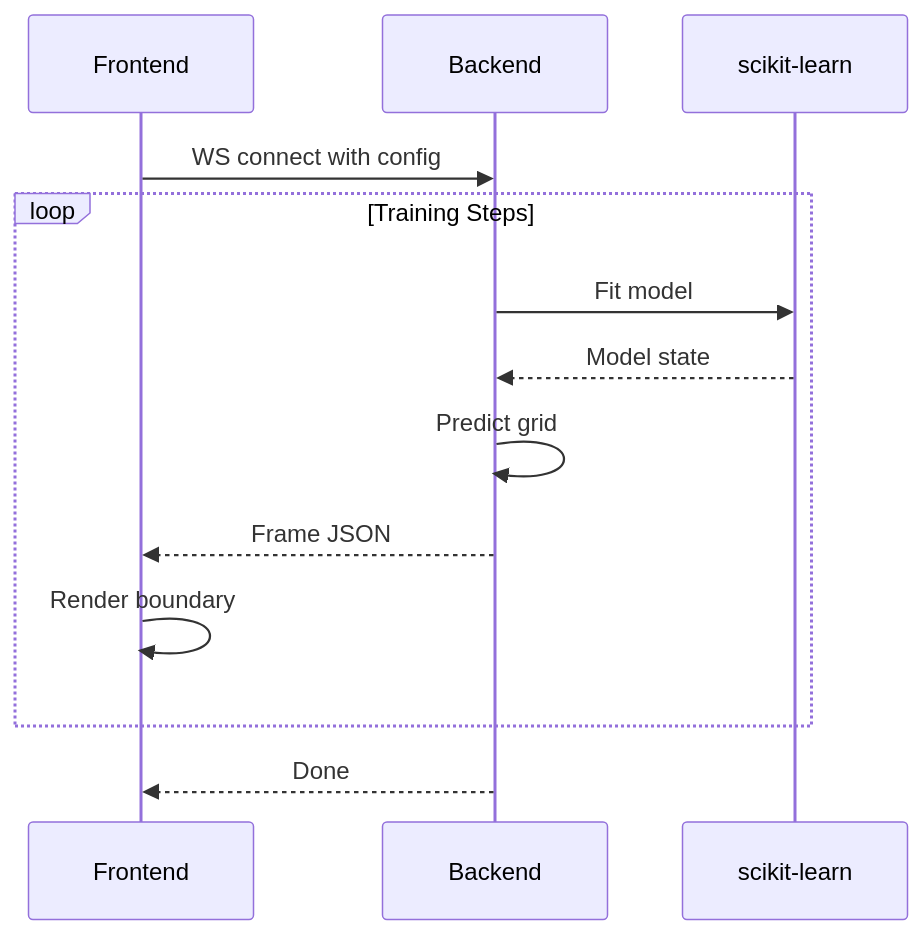
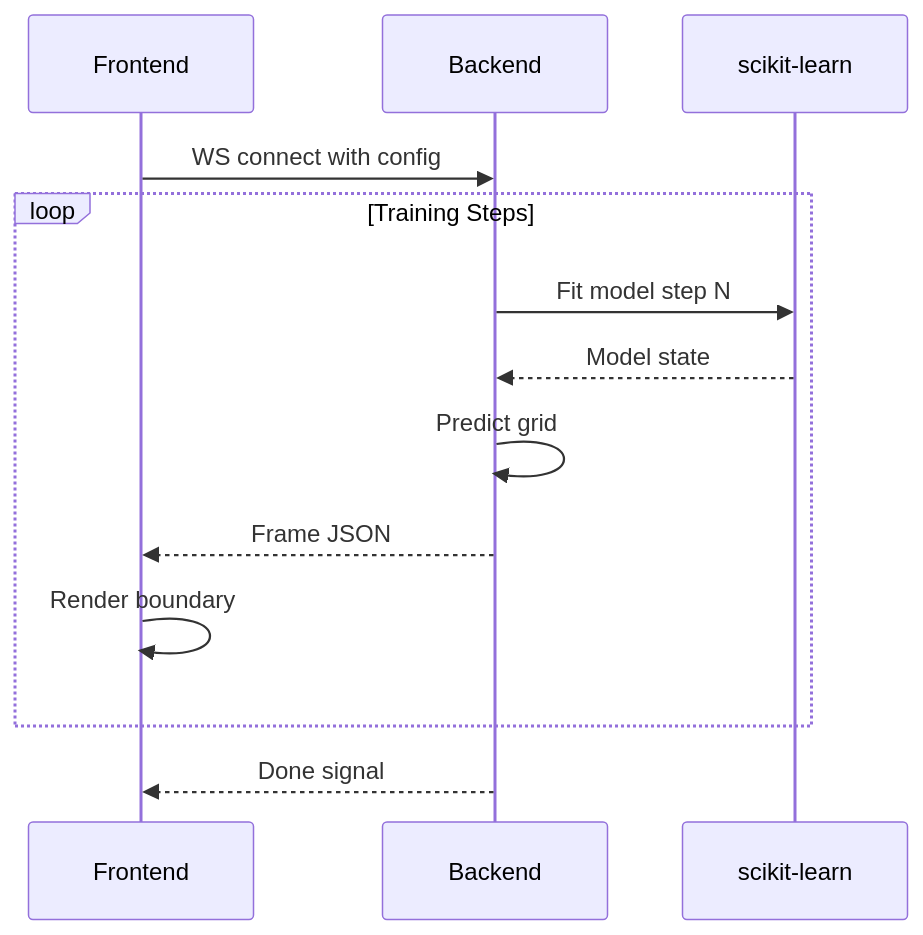
Before and after one commit to mahirmlk/Confluence: the third of 3 diagrams in README.md, drawn with Mermaid. The commit also changed other lines of this file, not shown here.

Commit message:
docs(readme): restore detailed Mermaid diagrams with improved labels

````diff
--- a/README.md
+++ b/README.md
@@ -265,16 +265,16 @@
 ```mermaid
 sequenceDiagram
     participant FE as Frontend
     participant BE as Backend
     participant ML as scikit-learn
 
     FE->>BE: WS connect with config
     loop Training Steps
-        BE->>ML: Fit model
+        BE->>ML: Fit model step N
         ML-->>BE: Model state
         BE->>BE: Predict grid
         BE-->>FE: Frame JSON
         FE->>FE: Render boundary
     end
-    BE-->>FE: Done
+    BE-->>FE: Done signal
 ```
````
